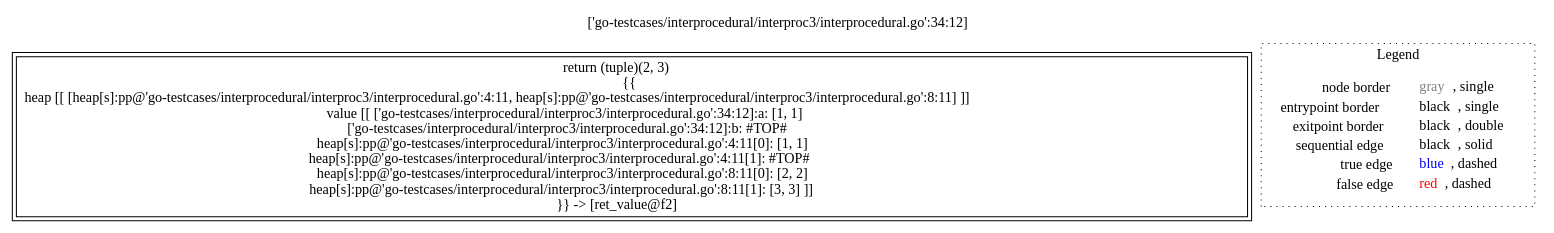
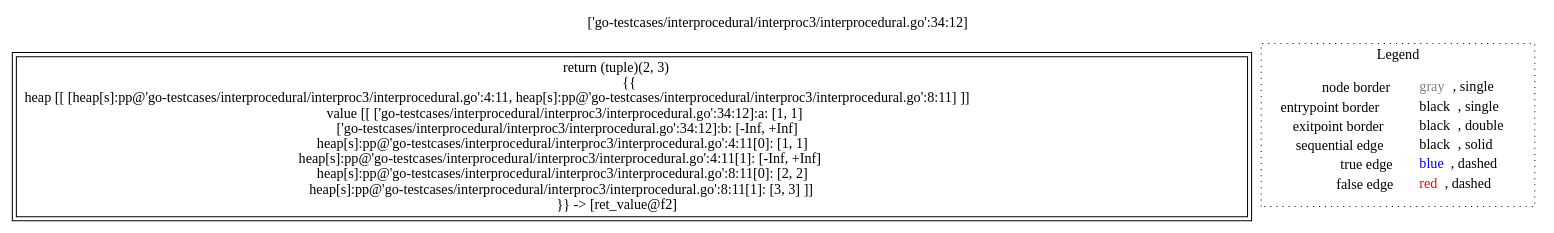
Before and after one commit to lisa-analyzer/go-lisa: the diagram in go-lisa/go-testcases/interprocedural/interproc3/analysis___-569521900_[int__,_int__]_~LiSAProgram.f2().dot, drawn with Graphviz. The commit also changed 25 other files, not shown here.

```diff
--- a/go-lisa/go-testcases/interprocedural/interproc3/analysis___-569521900_[int__,_int__]_~LiSAProgram.f2().dot
+++ b/go-lisa/go-testcases/interprocedural/interproc3/analysis___-569521900_[int__,_int__]_~LiSAProgram.f2().dot
@@ -1,12 +1,12 @@
 digraph {
 	labelloc="t";
 	label="['go-testcases/interprocedural/interproc3/interprocedural.go':34:12]";
-	"node0" [shape="rect",color="black",peripheries="2",label=<return (tuple)(2, 3)<BR/>{{<BR/>heap [[ [heap[s]:pp@'go-testcases/interprocedural/interproc3/interprocedural.go':4:11, heap[s]:pp@'go-testcases/interprocedural/interproc3/interprocedural.go':8:11] ]]<BR/>value [[ ['go-testcases/interprocedural/interproc3/interprocedural.go':34:12]:a: [1, 1]<BR/>['go-testcases/interprocedural/interproc3/interprocedural.go':34:12]:b: #TOP#<BR/>heap[s]:pp@'go-testcases/interprocedural/interproc3/interprocedural.go':4:11[0]: [1, 1]<BR/>heap[s]:pp@'go-testcases/interprocedural/interproc3/interprocedural.go':4:11[1]: #TOP#<BR/>heap[s]:pp@'go-testcases/interprocedural/interproc3/interprocedural.go':8:11[0]: [2, 2]<BR/>heap[s]:pp@'go-testcases/interprocedural/interproc3/interprocedural.go':8:11[1]: [3, 3] ]]<BR/>}} -&gt; [ret_value@f2]>];
+	"node0" [shape="rect",color="black",peripheries="2",label=<return (tuple)(2, 3)<BR/>{{<BR/>heap [[ [heap[s]:pp@'go-testcases/interprocedural/interproc3/interprocedural.go':4:11, heap[s]:pp@'go-testcases/interprocedural/interproc3/interprocedural.go':8:11] ]]<BR/>value [[ ['go-testcases/interprocedural/interproc3/interprocedural.go':34:12]:a: [1, 1]<BR/>['go-testcases/interprocedural/interproc3/interprocedural.go':34:12]:b: [-Inf, +Inf]<BR/>heap[s]:pp@'go-testcases/interprocedural/interproc3/interprocedural.go':4:11[0]: [1, 1]<BR/>heap[s]:pp@'go-testcases/interprocedural/interproc3/interprocedural.go':4:11[1]: [-Inf, +Inf]<BR/>heap[s]:pp@'go-testcases/interprocedural/interproc3/interprocedural.go':8:11[0]: [2, 2]<BR/>heap[s]:pp@'go-testcases/interprocedural/interproc3/interprocedural.go':8:11[1]: [3, 3] ]]<BR/>}} -&gt; [ret_value@f2]>];
 subgraph cluster_legend {
 	label="Legend";
 	style=dotted;
 	node [shape=plaintext];
 	"legend" [label=<<table border="0" cellpadding="2" cellspacing="0" cellborder="0"><tr><td align="right">node border&nbsp;</td><td align="left"><font color="gray">gray</font>, single</td></tr><tr><td align="right">entrypoint border&nbsp;</td><td align="left"><font color="black">black</font>, single</td></tr><tr><td align="right">exitpoint border&nbsp;</td><td align="left"><font color="black">black</font>, double</td></tr><tr><td align="right">sequential edge&nbsp;</td><td align="left"><font color="black">black</font>, solid</td></tr><tr><td align="right">true edge&nbsp;</td><td align="left"><font color="blue">blue</font>, dashed</td></tr><tr><td align="right">false edge&nbsp;</td><td align="left"><font color="red">red</font>, dashed</td></tr></table>>];
 }
 
 }
```
